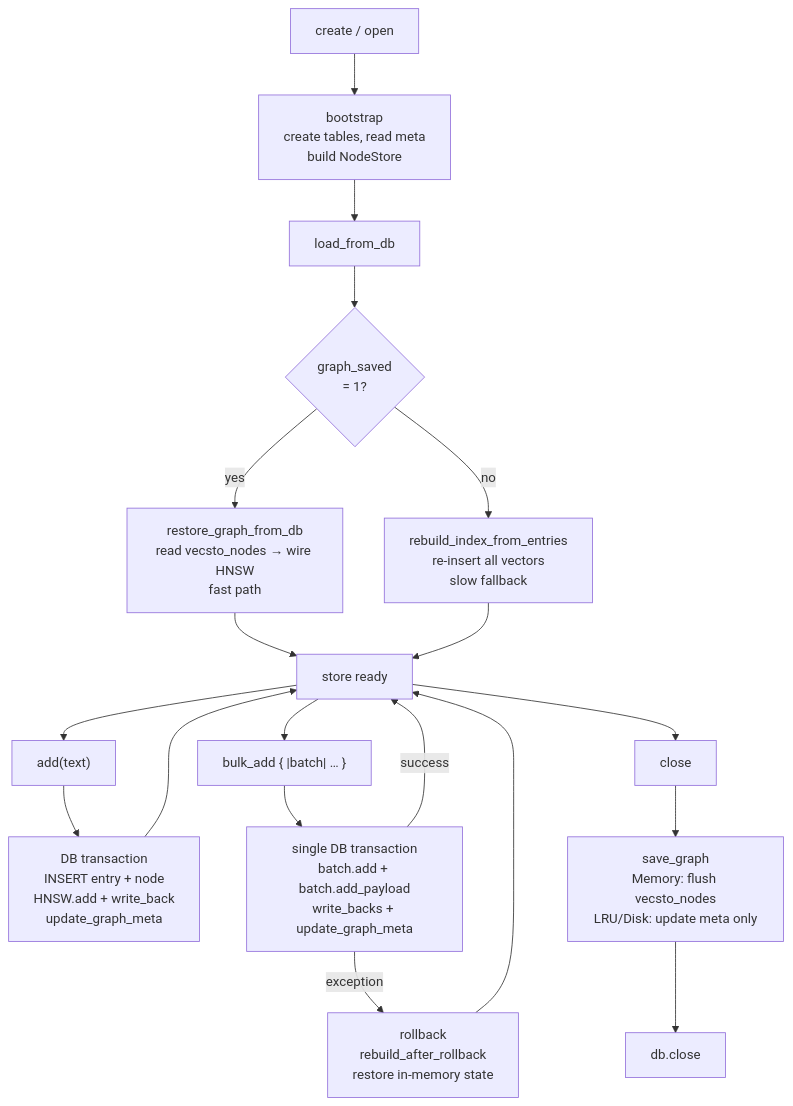
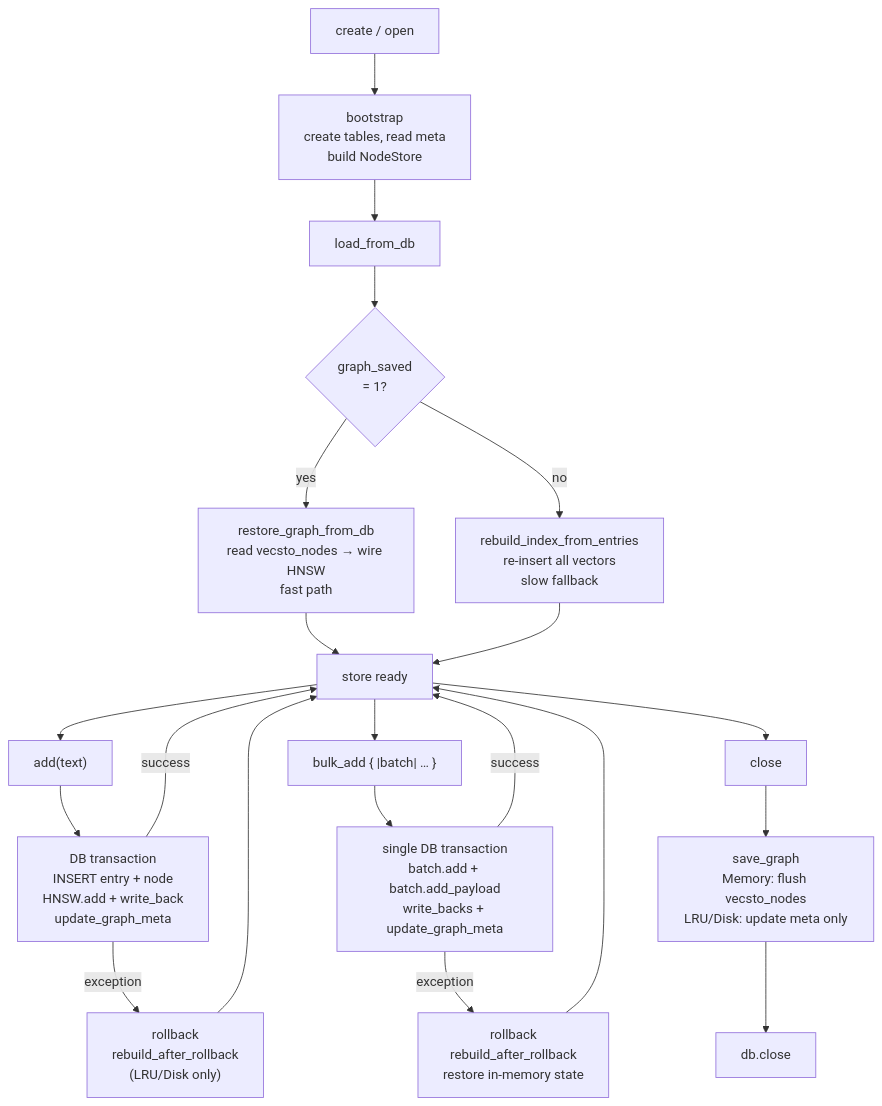
Before and after one commit to nogginly/vecstolite.cr: the fourth of 4 diagrams in DEVELOPMENT.md, drawn with Mermaid. The commit also changed other lines of this file and 1 other file, not shown here.

````diff
--- a/DEVELOPMENT.md
+++ b/DEVELOPMENT.md
@@ -201,24 +200,26 @@
 ```mermaid
 flowchart TD
     CR["create / open"] --> BS["bootstrap\ncreate tables, read meta\nbuild NodeStore"]
     BS --> LDB["load_from_db"]
     LDB --> GS{"graph_saved\n= 1?"}
     GS -->|yes| RG["restore_graph_from_db\nread vecsto_nodes → wire HNSW\nfast path"]
     GS -->|no| RI["rebuild_index_from_entries\nre-insert all vectors\nslow fallback"]
     RG --> RDY["store ready"]
     RI --> RDY
 
     RDY --> ADD["add(text)"]
     ADD --> TX["DB transaction\nINSERT entry + node\nHNSW.add + write_back\nupdate_graph_meta"]
-    TX --> RDY
+    TX -->|success| RDY
+    TX -->|exception| ARB["rollback\nrebuild_after_rollback\n(LRU/Disk only)"]
+    ARB --> RDY
 
     RDY --> BA["bulk_add { |batch| … }"]
     BA --> BTX["single DB transaction\nbatch.add + batch.add_payload\nwrite_backs + update_graph_meta"]
     BTX -->|success| RDY
     BTX -->|exception| RB["rollback\nrebuild_after_rollback\nrestore in-memory state"]
     RB --> RDY
 
     RDY --> CL["close"]
     CL --> SG["save_graph\nMemory: flush vecsto_nodes\nLRU/Disk: update meta only"]
     SG --> DC["db.close"]
 ```
````
